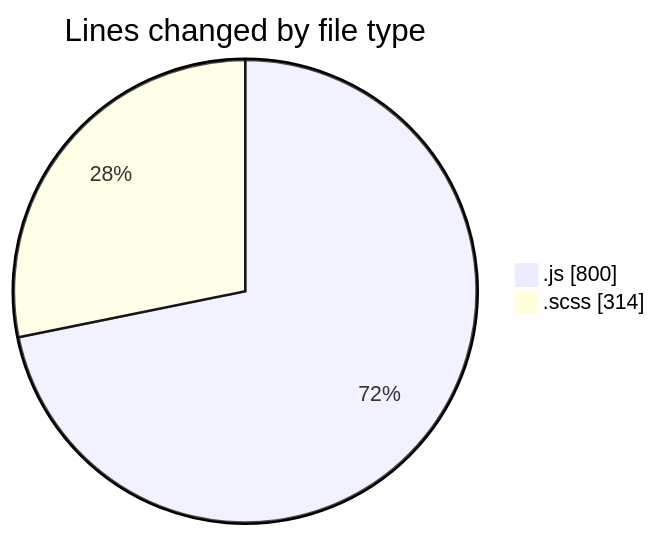
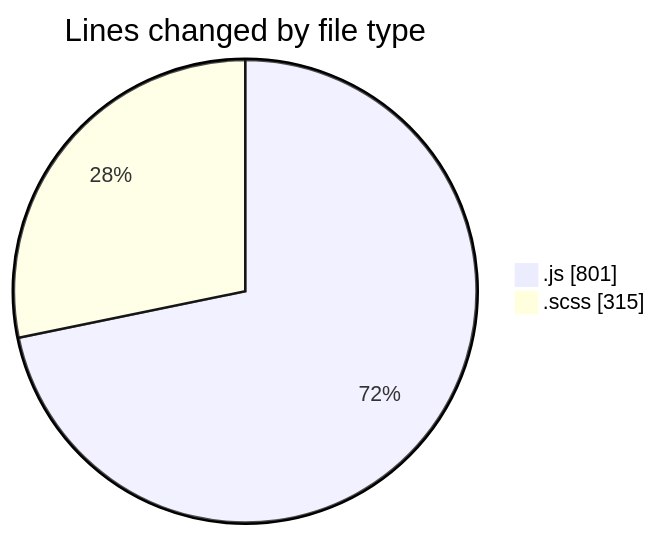
One commit to momahboobian/code-tracking changed the first of 2 diagrams in 2026-01-05/cda/README.md. Above: the diagram before and after it, drawn with Mermaid. The commit also changed other lines of this file and 1 other file, not shown here.

````diff
--- a/2026-01-05/cda/README.md
+++ b/2026-01-05/cda/README.md
@@ -26,6 +26,6 @@
 ```mermaid
 pie showData
 title Lines changed by file type
-".js" : 800
-".scss" : 314
+".js" : 801
+".scss" : 315
 ```
````
